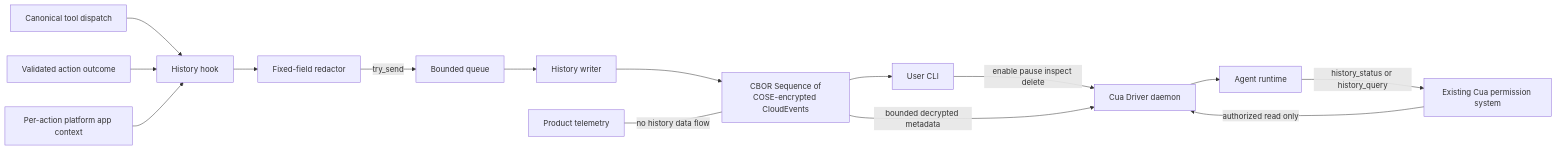
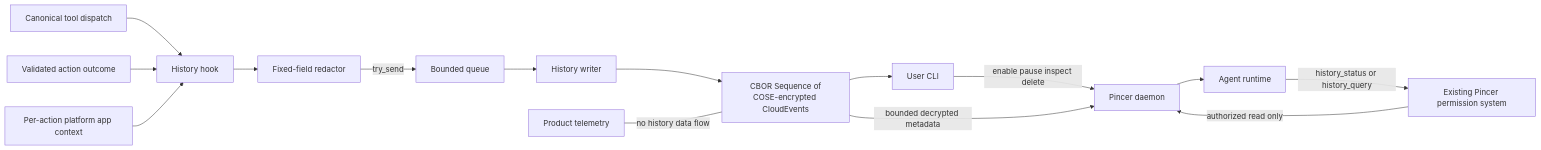
Before and after one commit to ModCritic/pincer: the fifth of 7 diagrams in docs/computer-history-architecture.md, drawn with Mermaid. The commit also changed other lines of this file and 1199 other files, not shown here.

First line of the commit message:
Rename Cua Driver to Pincer throughout

````diff
--- a/docs/computer-history-architecture.md
+++ b/docs/computer-history-architecture.md
@@ -236,18 +236,18 @@
 ```mermaid
 flowchart LR
-    U[User CLI] -->|enable pause inspect delete| D[Cua Driver daemon]
-    G[Agent runtime] -->|history_status or history_query| P[Existing Cua permission system]
+    U[User CLI] -->|enable pause inspect delete| D[Pincer daemon]
+    G[Agent runtime] -->|history_status or history_query| P[Existing Pincer permission system]
     P -->|authorized read only| D
     A[Canonical tool dispatch] --> H[History hook]
     O[Validated action outcome] --> H
     M[Per-action platform app context] --> H
     H --> R[Fixed-field redactor]
     R -->|try_send| Q[Bounded queue]
     Q --> W[History writer]
     W --> S[CBOR Sequence of\nCOSE-encrypted CloudEvents]
     S --> U
     S -->|bounded decrypted metadata| D
     D --> G
 
     T[Product telemetry] ---|no history data flow| S
 ```
````
